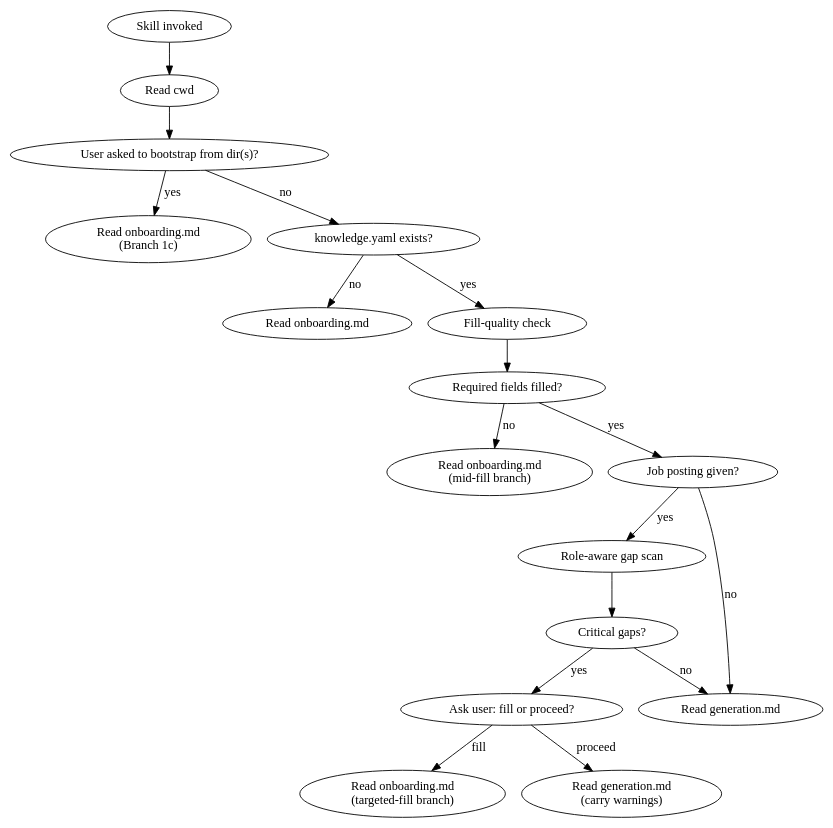
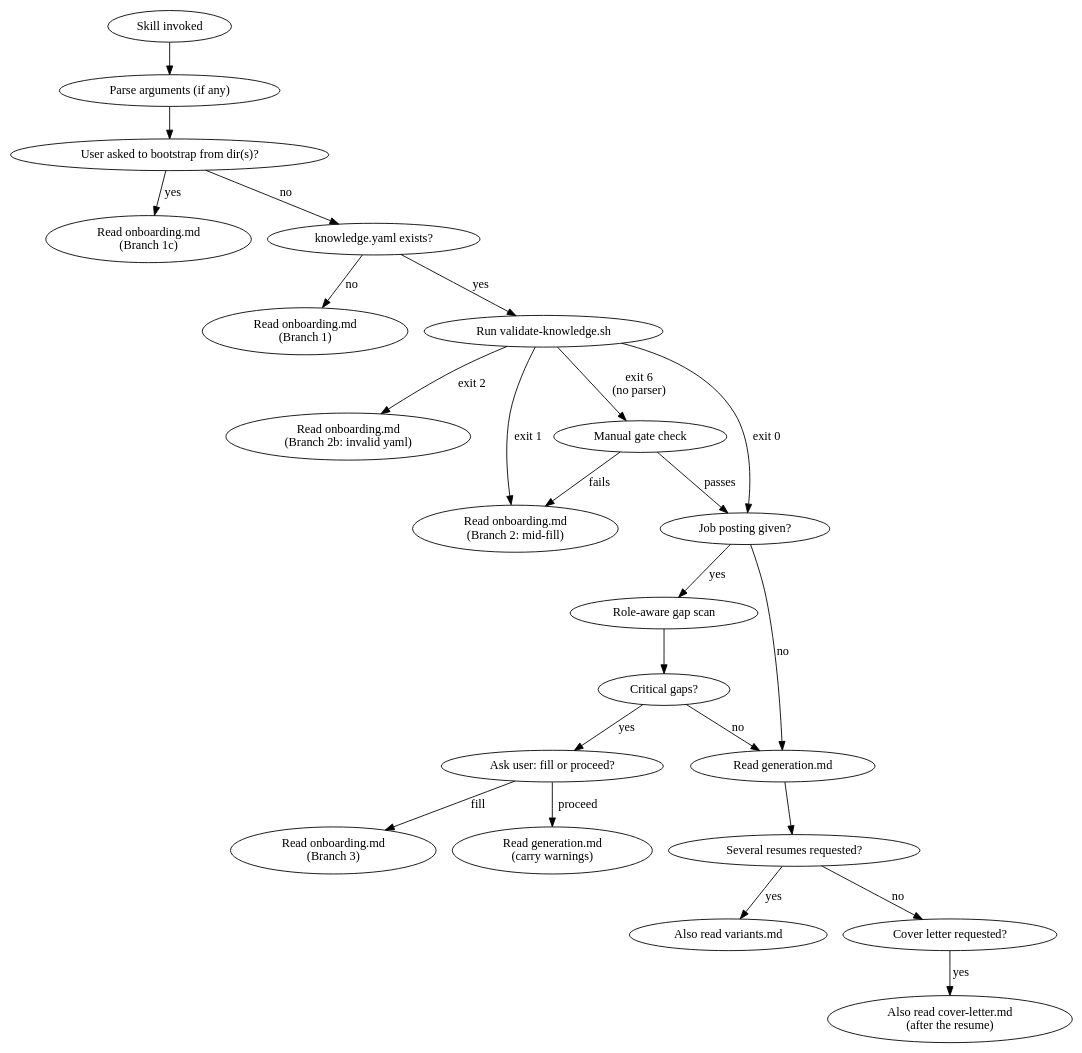
The diagram in skills/resume-generator/SKILL.md (GitPersonAli/resume-generator), drawn with Graphviz before and after one commit. The commit also changed other lines of this file and 46 other files, not shown here.

First line of the commit message:
feat: v0.3.0 scripted gate, QA gate, schema, template fixes

````diff
--- a/skills/resume-generator/SKILL.md
+++ b/skills/resume-generator/SKILL.md
@@ -40,20 +64,27 @@
 ```dot
 digraph entry {
-  "Skill invoked"                -> "Read cwd";
-  "Read cwd"                     -> "User asked to bootstrap from dir(s)?";
-  "User asked to bootstrap from dir(s)?" -> "Read onboarding.md\n(Branch 1c)" [label="yes"];
-  "User asked to bootstrap from dir(s)?" -> "knowledge.yaml exists?" [label="no"];
-  "knowledge.yaml exists?"       -> "Read onboarding.md" [label="no"];
-  "knowledge.yaml exists?"       -> "Fill-quality check" [label="yes"];
-  "Fill-quality check"           -> "Required fields filled?";
-  "Required fields filled?"      -> "Read onboarding.md\n(mid-fill branch)" [label="no"];
-  "Required fields filled?"     -> "Job posting given?" [label="yes"];
-  "Job posting given?"           -> "Role-aware gap scan" [label="yes"];
-  "Job posting given?"           -> "Read generation.md" [label="no"];
-  "Role-aware gap scan"          -> "Critical gaps?";
-  "Critical gaps?"               -> "Ask user: fill or proceed?" [label="yes"];
-  "Critical gaps?"               -> "Read generation.md" [label="no"];
-  "Ask user: fill or proceed?"   -> "Read onboarding.md\n(targeted-fill branch)" [label="fill"];
-  "Ask user: fill or proceed?"   -> "Read generation.md\n(carry warnings)" [label="proceed"];
+  "Skill invoked"                         -> "Parse arguments (if any)";
+  "Parse arguments (if any)"              -> "User asked to bootstrap from dir(s)?";
+  "User asked to bootstrap from dir(s)?"  -> "Read onboarding.md\n(Branch 1c)" [label="yes"];
+  "User asked to bootstrap from dir(s)?"  -> "knowledge.yaml exists?" [label="no"];
+  "knowledge.yaml exists?"                -> "Read onboarding.md\n(Branch 1)" [label="no"];
+  "knowledge.yaml exists?"                -> "Run validate-knowledge.sh" [label="yes"];
+  "Run validate-knowledge.sh"             -> "Read onboarding.md\n(Branch 2b: invalid yaml)" [label="exit 2"];
+  "Run validate-knowledge.sh"             -> "Read onboarding.md\n(Branch 2: mid-fill)" [label="exit 1"];
+  "Run validate-knowledge.sh"             -> "Manual gate check" [label="exit 6\n(no parser)"];
+  "Manual gate check"                     -> "Read onboarding.md\n(Branch 2: mid-fill)" [label="fails"];
+  "Manual gate check"                     -> "Job posting given?" [label="passes"];
+  "Run validate-knowledge.sh"             -> "Job posting given?" [label="exit 0"];
+  "Job posting given?"                    -> "Role-aware gap scan" [label="yes"];
+  "Job posting given?"                    -> "Read generation.md" [label="no"];
+  "Role-aware gap scan"                   -> "Critical gaps?";
+  "Critical gaps?"                        -> "Ask user: fill or proceed?" [label="yes"];
+  "Critical gaps?"                        -> "Read generation.md" [label="no"];
+  "Ask user: fill or proceed?"            -> "Read onboarding.md\n(Branch 3)" [label="fill"];
+  "Ask user: fill or proceed?"            -> "Read generation.md\n(carry warnings)" [label="proceed"];
+  "Read generation.md"                    -> "Several resumes requested?";
+  "Several resumes requested?"            -> "Also read variants.md" [label="yes"];
+  "Several resumes requested?"            -> "Cover letter requested?" [label="no"];
+  "Cover letter requested?"               -> "Also read cover-letter.md\n(after the resume)" [label="yes"];
 }
 ```
````
